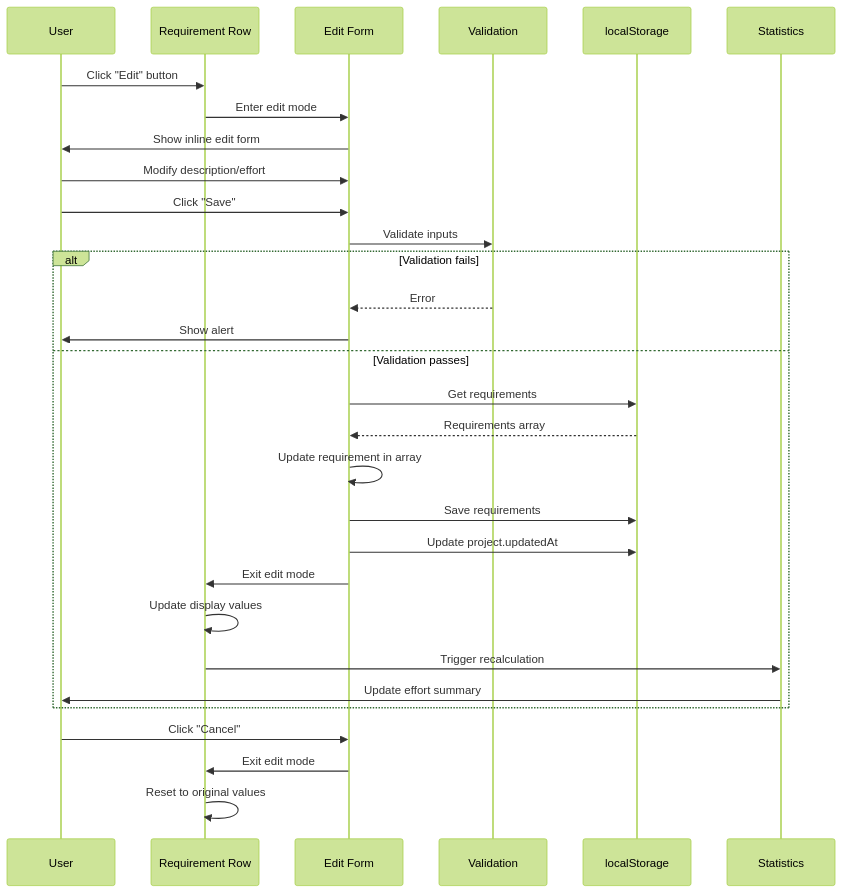
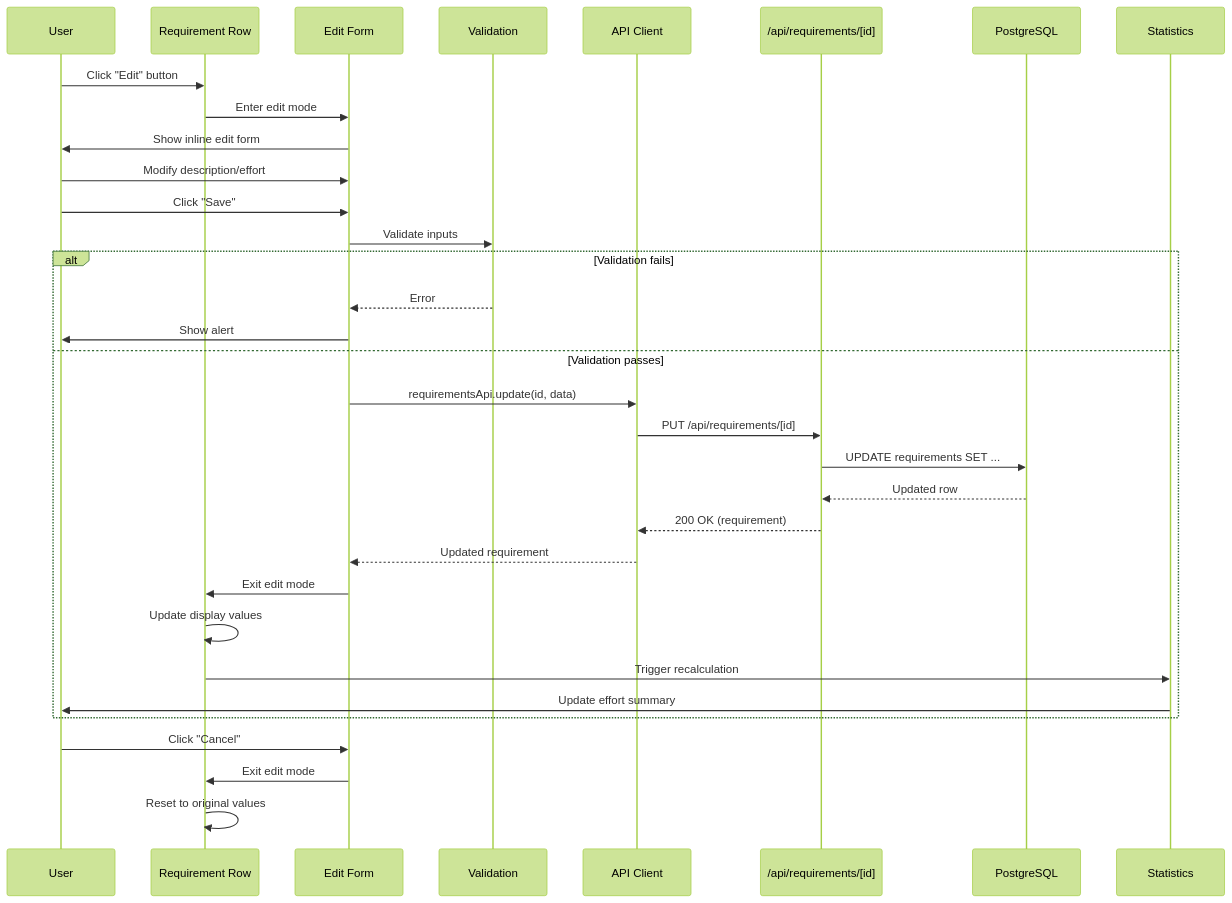
Before and after one commit to FirstRe/AIFIRST: the fourth of 14 diagrams in docs/technical-spec.md, drawn with Mermaid (forest theme). The commit also changed other lines of this file and 36 other files, not shown here.

````diff
--- a/docs/technical-spec.md
+++ b/docs/technical-spec.md
@@ -593,38 +921,41 @@
 ```mermaid
 sequenceDiagram
     participant User as User
     participant Row as Requirement Row
     participant Form as Edit Form
     participant Validator as Validation
-    participant Storage as localStorage
+    participant API as API Client
+    participant Backend as /api/requirements/[id]
+    participant DB as PostgreSQL
     participant Stats as Statistics
 
     User->>Row: Click "Edit" button
     Row->>Form: Enter edit mode
     Form->>User: Show inline edit form
 
     User->>Form: Modify description/effort
     User->>Form: Click "Save"
 
     Form->>Validator: Validate inputs
 
     alt Validation fails
         Validator-->>Form: Error
         Form->>User: Show alert
     else Validation passes
-        Form->>Storage: Get requirements
-        Storage-->>Form: Requirements array
-        Form->>Form: Update requirement in array
-        Form->>Storage: Save requirements
-        Form->>Storage: Update project.updatedAt
+        Form->>API: requirementsApi.update(id, data)
+        API->>Backend: PUT /api/requirements/[id]
+        Backend->>DB: UPDATE requirements SET ...
+        DB-->>Backend: Updated row
+        Backend-->>API: 200 OK (requirement)
+        API-->>Form: Updated requirement
 
         Form->>Row: Exit edit mode
         Row->>Row: Update display values
         Row->>Stats: Trigger recalculation
         Stats->>User: Update effort summary
     end
 
     User->>Form: Click "Cancel"
     Form->>Row: Exit edit mode
     Row->>Row: Reset to original values
 ```
````
